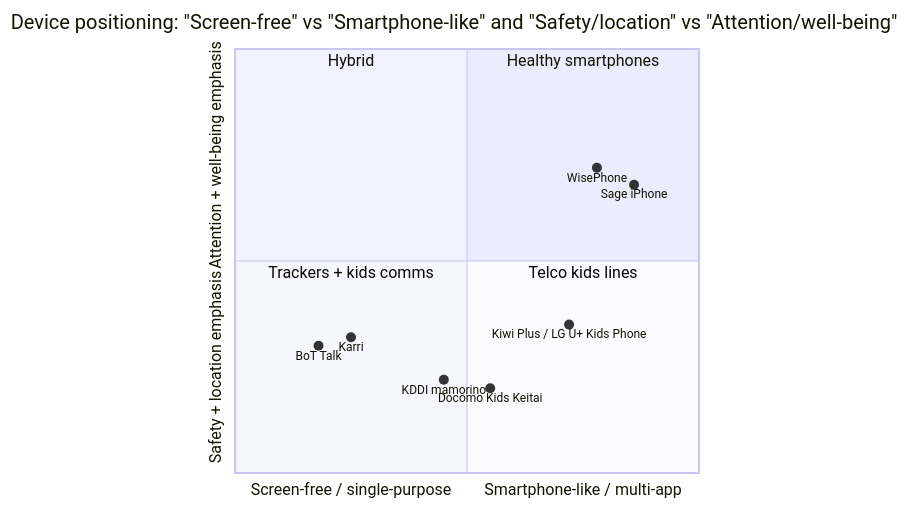
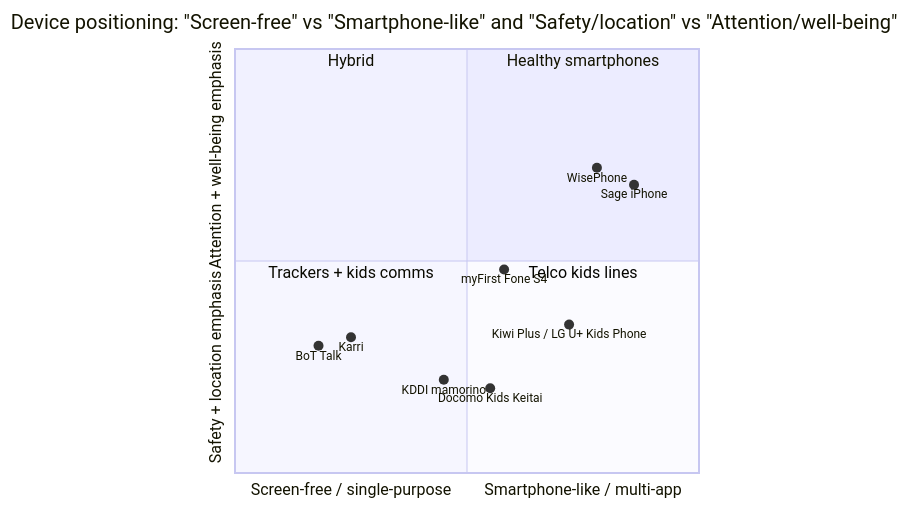
Before and after one commit to ragTechDev/futurenet-research: the second of 3 diagrams in docs/research/market-research/competitor-analysis.md, drawn with Mermaid. The commit also changed other lines of this file and 1 other file, not shown here.

````diff
--- a/docs/research/market-research/competitor-analysis.md
+++ b/docs/research/market-research/competitor-analysis.md
@@ -156,19 +185,20 @@
 ```mermaid
 quadrantChart
   title Device positioning: "Screen-free" vs "Smartphone-like" and "Safety/location" vs "Attention/well-being"
   x-axis Screen-free / single-purpose --> Smartphone-like / multi-app
   y-axis Safety + location emphasis --> Attention + well-being emphasis
 
   quadrant-1 "Healthy smartphones"
   quadrant-2 "Hybrid"
   quadrant-3 "Trackers + kids comms"
   quadrant-4 "Telco kids lines"
 
   "BoT Talk" : [0.18, 0.30]
   "Karri" : [0.25, 0.32]
   "KDDI mamorino" : [0.45, 0.22]
   "Docomo Kids Keitai" : [0.55, 0.20]
+  "myFirst Fone S4" : [0.58, 0.48]
   "Kiwi Plus / LG U+ Kids Phone" : [0.72, 0.35]
   "WisePhone" : [0.78, 0.72]
   "Sage iPhone" : [0.86, 0.68]
 ```
````
